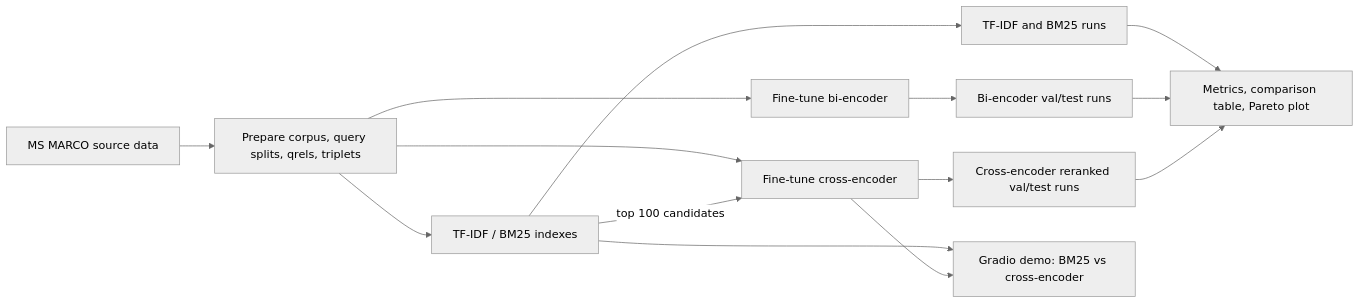
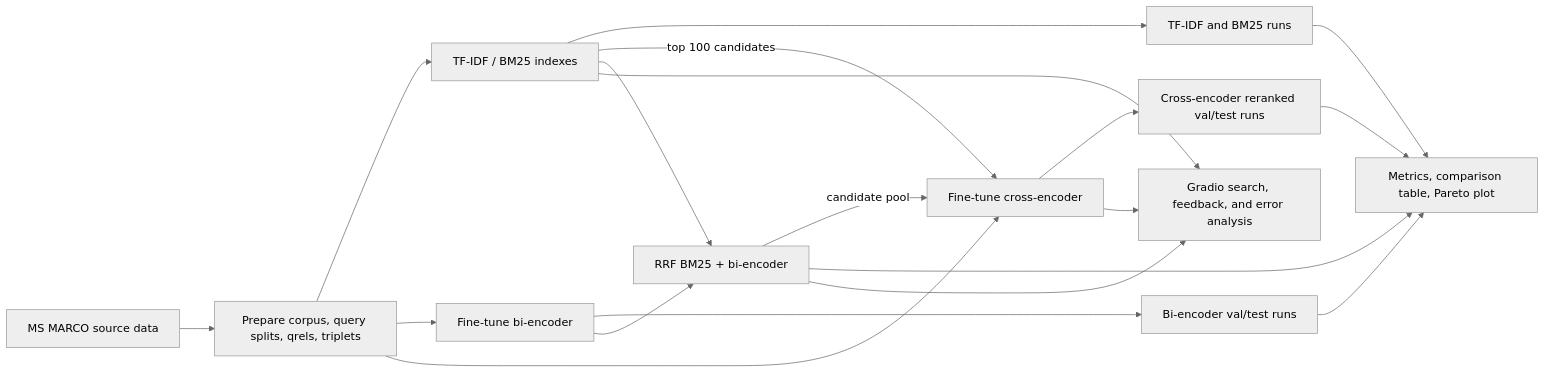
One commit to Dhiraj7854/IR_PROJECT changed the diagram in neural-ranking/README.md. Above: the diagram before and after it, drawn with Mermaid (neutral theme). The commit also changed other lines of this file and 28 other files, not shown here.

````diff
--- a/neural-ranking/README.md
+++ b/neural-ranking/README.md
@@ -7,16 +11,21 @@
 ```mermaid
 flowchart LR
     D[MS MARCO source data] --> P[Prepare corpus, query splits, qrels, triplets]
     P --> L[TF-IDF / BM25 indexes]
     P --> B[Fine-tune bi-encoder]
     P --> C[Fine-tune cross-encoder]
     L --> LR[TF-IDF and BM25 runs]
     B --> BR[Bi-encoder val/test runs]
     L -->|top 100 candidates| C
+    L --> H[RRF BM25 + bi-encoder]
+    B --> H
+    H -->|candidate pool| C
     C --> CR[Cross-encoder reranked val/test runs]
     LR --> E[Metrics, comparison table, Pareto plot]
     BR --> E
+    H --> E
     CR --> E
-    L --> G[Gradio demo: BM25 vs cross-encoder]
+    L --> G[Gradio search, feedback, and error analysis]
     C --> G
+    H --> G
 ```
````
